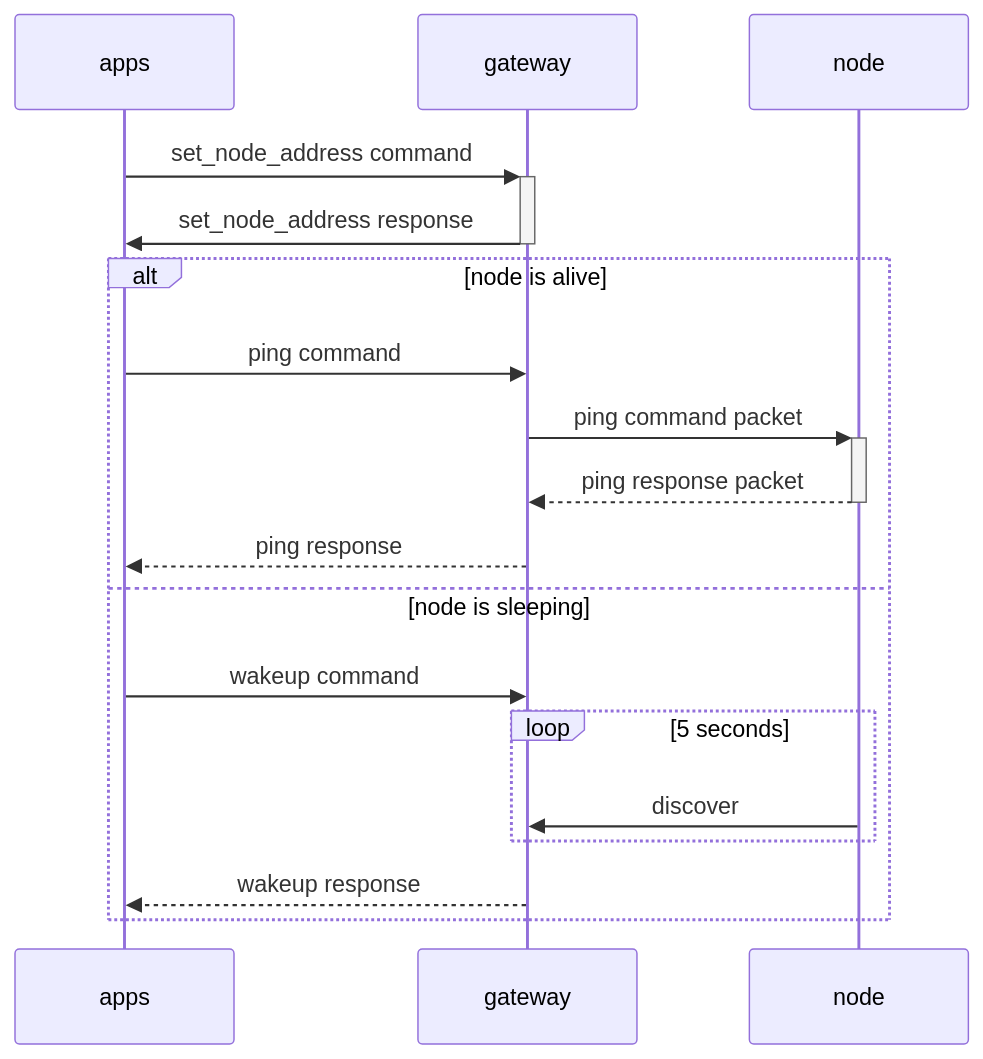
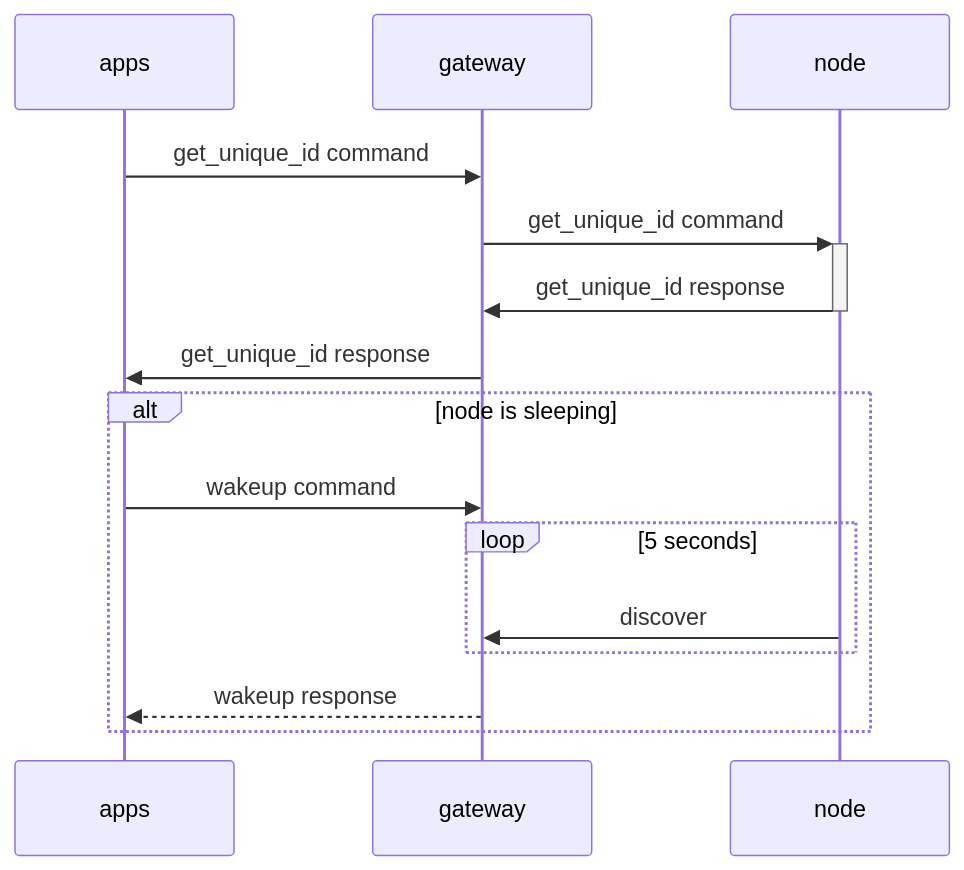
The diagram in doc/explanation/interface/wakeup.md (LarsIndresaeter/radio-arduino), drawn with Mermaid before and after one commit. The commit also changed other lines of this file and 2 other files, not shown here.

Commit message:
docs: update docs to match v2.0.0

````diff
--- a/doc/explanation/interface/wakeup.md
+++ b/doc/explanation/interface/wakeup.md
@@ -11,20 +11,17 @@
 ```mermaid
 sequenceDiagram
     participant a as apps
     participant g as gateway
     participant n as node
-    a->>+g: set_node_address command
-    g->>-a: set_node_address response
-    alt node is alive
-        a->>g: ping command
-        g->>+n: ping command packet
-        n-->>-g: ping response packet
-        g-->>a: ping response
-    else node is sleeping
+    a->>g: get_unique_id command
+    g->>+n: get_unique_id command
+    n->>-g: get_unique_id response
+    g->>a: get_unique_id response
+    alt node is sleeping
         a->>g: wakeup command
         loop 5 seconds
             n->>g: discover
         end
         g-->>a: wakeup response
     end
 ```
````
